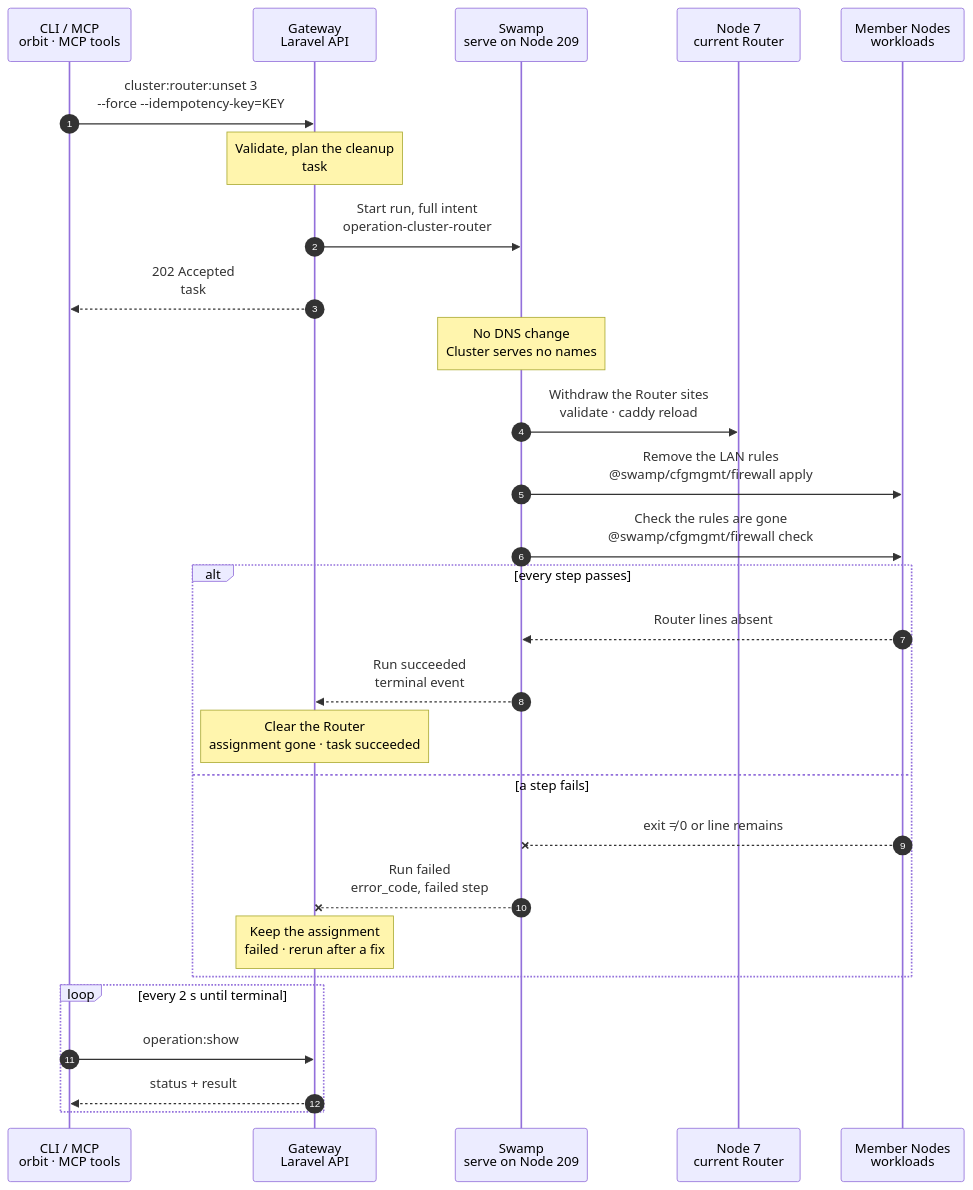
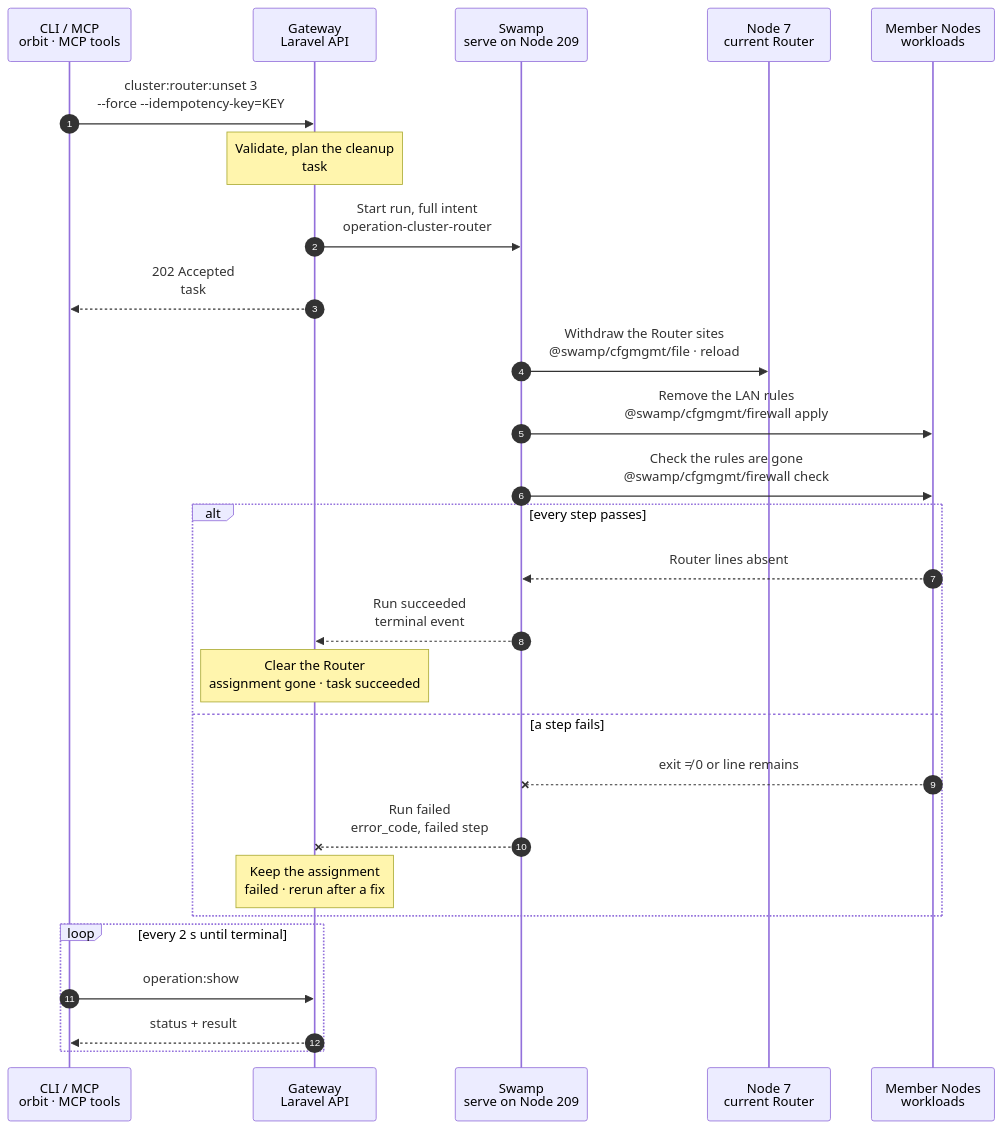
Before and after one commit to hardimpactdev/orbit: the diagram in docs/cli/cluster/router-unset.mmd, drawn with Mermaid.

Commit message:
docs(cli): tighten cluster.router_unset chart

```diff
--- a/docs/cli/cluster/router-unset.mmd
+++ b/docs/cli/cluster/router-unset.mmd
@@ -1,96 +1,96 @@
 sequenceDiagram
   %% Target design: ADR 0244 task, DECISIONS R2-R4, same shape as cluster.router_set. docs/reference/native-cluster-router.md, docs/cli/cluster.mdx.
+  %% Tightened: flow-tighten 2026-11-02, rules 1, 22 (no empty DNS note step; cfgmgmt file for the sites).
   %% status: draft
   %% command: cluster:router:unset
   %% kind: cluster.router_unset
   autonumber
   %% lane CLI icon=terminal pill=caller tone=gray
   %% lane GW icon=gateway pill=intent tone=blue
   %% lane SW icon=workflow pill=executes tone=green
   %% lane N icon=server pill=target tone=amber
   %% lane M icon=server pill=target tone=purple
   participant CLI as CLI / MCP<br/>orbit · MCP tools
   participant GW as Gateway<br/>Laravel API
   participant SW as Swamp<br/>serve on Node 209
   participant N as Node 7<br/>current Router
   participant M as Member Nodes<br/>workloads
   CLI->>GW: cluster:router:unset 3<br/>--force --idempotency-key=KEY
   %%> Command:
   %%> - `orbit cluster:router:unset 3 --force`
   %%> - syntax: `<cluster> [--force] [--idempotency-key=KEY] [--json]`
   %%> Confirmation:
   %%> - without `--force`, the CLI asks first; the default is No
   %%> - without a terminal, or with `--json`, `--force` is required
   Note over GW: Validate, plan the cleanup<br/>task #5161 · Cluster lock
   %%> Requirements:
   %%> - your Node has an access grant to Node 7
   %%> - Cluster 3 is inactive or has no TLD (`cluster.active_router_required`)
   %%> - Cluster 3 owns no Route (`cluster.routes_require_router`)
   %%> - no other Router change runs for Cluster 3; the Gateway waits up to 30 seconds, then refuses with `cluster.router_busy`
   %%> Builds:
   %%> - the Router state to remove: Router sites and certificates, and the LAN rules only the Router needed
   %%> Result:
   %%> - Node 7's `router` assignment recorded as retiring
   %%> - task #5161 recorded with the full intent
   GW->>SW: Start run, full intent<br/>operation-cluster-router
   %%> What it does:
   %%> - starts one Swamp run on serve (Node 209)
   %%> Inputs:
   %%> - the state to remove, and the addresses and SSH host keys of Node 7 and the members
   GW-->>CLI: 202 Accepted<br/>task #5161
   %%> What you get:
   %%> - the task number, at once
   %%> Next:
   %%> - the CLI follows the task with `operation:show`
-  Note over SW: No DNS change<br/>Cluster serves no names
-  %%> Why:
+  SW->>N: Withdraw the Router sites<br/>@swamp/cfgmgmt/file · reload
+  %%> How:
+  %%> - over SSH from 209 with `@swamp/ssh` and `@swamp/cfgmgmt/file`; `caddy validate`, then a reload
+  %%> No DNS change:
   %%> - an inactive Cluster, or one without a TLD and Routes, gets no Router answers from private DNS
-  SW->>N: Withdraw the Router sites<br/>validate · caddy reload
-  %%> How:
-  %%> - over SSH from 209 with `@swamp/ssh`
   %%> What it does:
   %%> - removes the Router sites and their certificates, validates the rest, and reloads Caddy; no restart
   %%> - Caddy and the packages stay, as for every role removal that keeps shared packages
   SW->>M: Remove the LAN rules<br/>@swamp/cfgmgmt/firewall apply
   %%> What it does:
   %%> - on Node 7: removes the 443 and 53 allows for member LAN addresses
   %%> - on each member: removes the allows for Node 7's LAN address that no other Route needs
   %%> - never removes WireGuard baseline rules
   SW->>M: Check the rules are gone<br/>@swamp/cfgmgmt/firewall check
   %%> What it does:
   %%> - reads ufw back on every Node and checks the Router lines are absent
   alt every step passes
     M-->>SW: Router lines absent
     %%> Returns:
     %%> - the check passed on every Node
     SW-->>GW: Run succeeded<br/>terminal event
     %%> How the Gateway learns it:
     %%> - its shared run reader sees the terminal event; Swamp never calls the Gateway
     Note over GW: Clear the Router<br/>assignment gone · task succeeded
     %%> Result:
     %%> - Node 7's `router` assignment is deleted; Cluster 3 has no Router
     %%> - task #5161 succeeds
   else a step fails
     M--xSW: exit ≠ 0 or line remains
     %%> When:
     %%> - Caddy refuses the config, SSH fails, or a rule is still present
     SW--xGW: Run failed<br/>error_code, failed step
     %%> The Gateway reads:
     %%> - which step failed and its error code
     Note over GW: Keep the assignment<br/>failed · rerun after a fix
     %%> Result:
     %%> - Node 7's `router` assignment stays, marked failed
     %%> - task #5161 fails
     %%> On the Node:
     %%> - steps that finished stay done; there is no rollback, because the Cluster serves no traffic through the Router
     %%> Retry:
     %%> - run the same command again; it skips what is already removed
   end
   loop every 2 s until terminal
     CLI->>GW: operation:show #5161
     %%> What it does:
     %%> - asks for the task's status every 2 seconds until it has ended
     GW-->>CLI: status + result
     %%> Returns:
     %%> - the current status, and the result once the task has ended
   end
```
